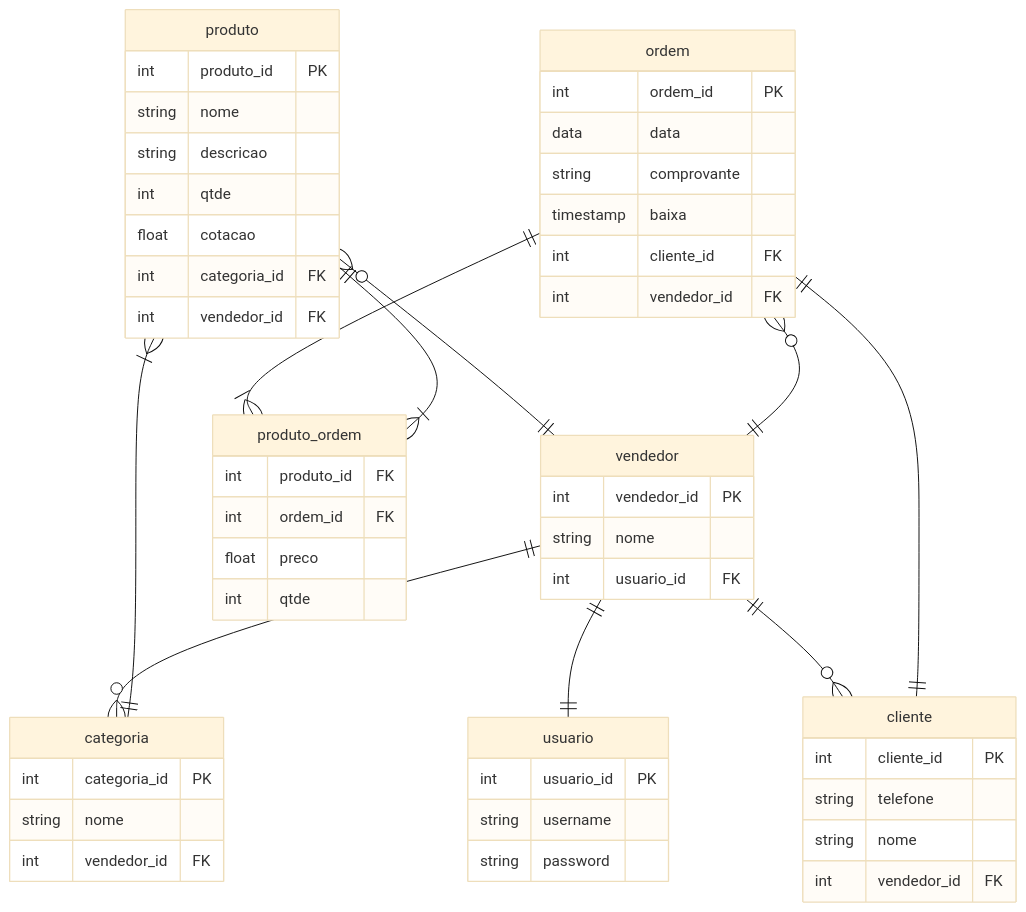
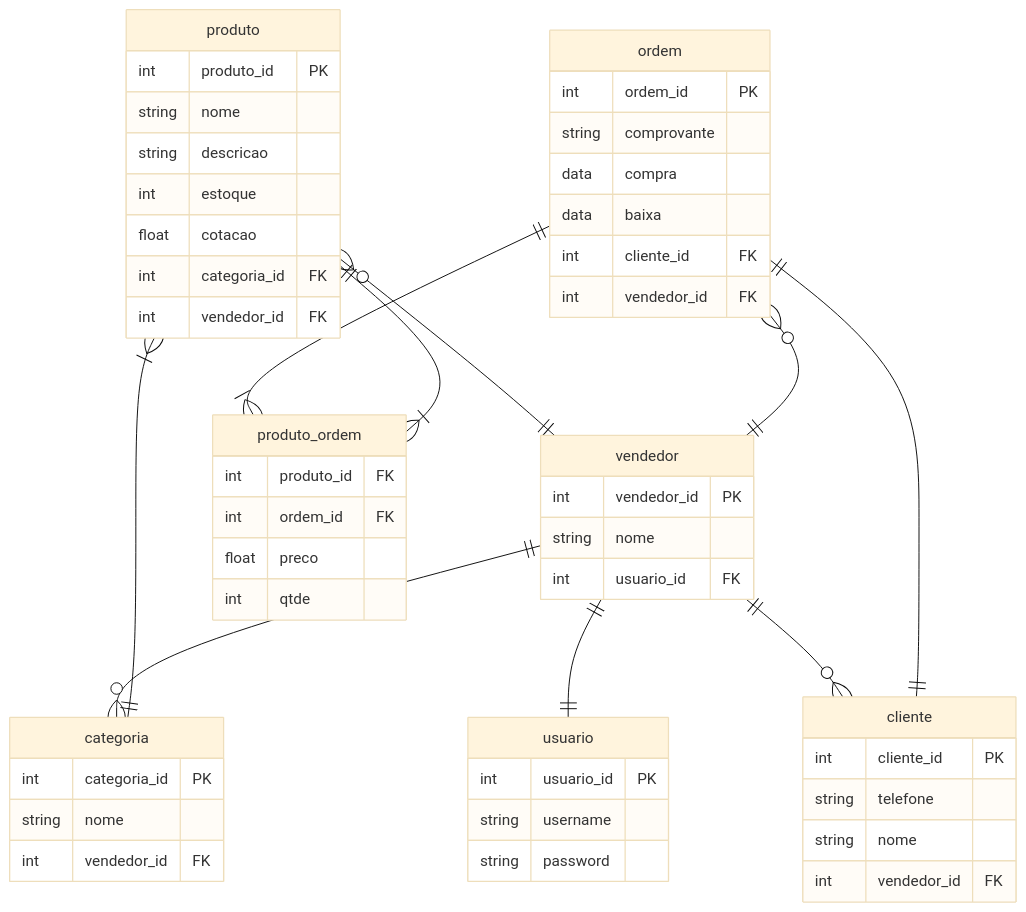
The diagram in MR.md (raphaelramosds/eimports), drawn with Mermaid (base theme) before and after one commit. The commit also changed other lines of this file and 1 other file, not shown here.

Commit message:
docs: adding mer and mr

````diff
--- a/MR.md
+++ b/MR.md
@@ -7,68 +7,68 @@
 ```mermaid
 
 erDiagram
     usuario {
         int usuario_id PK
         string username
         string password
     }
 
     vendedor {
         int vendedor_id PK
         string nome
         int usuario_id FK
     }
 
     vendedor ||--|| usuario : ""
 
     categoria {
         int categoria_id PK
         string nome
         int vendedor_id FK
     }
 
     vendedor ||--o{ categoria : ""
     vendedor ||--o{ cliente : ""
 
     produto {
         int produto_id PK
         string nome
         string descricao
-        int qtde
+        int estoque
         float cotacao
 
         int categoria_id FK
         int vendedor_id FK
     }
 
     produto }|--|| categoria : ""
     produto }o--|| vendedor : ""
 
     cliente {
         int cliente_id PK
         string telefone
         string nome
         int vendedor_id FK
     }
 
     ordem {
         int ordem_id PK
-        data data
         string comprovante
-        timestamp baixa
+        data compra
+        data baixa
         int cliente_id FK
         int vendedor_id FK
     }
 
     ordem ||--|| cliente : ""
     ordem }o--|| vendedor : ""
     ordem  ||--}| produto_ordem : ""
     produto ||--}| produto_ordem : ""
 
     produto_ordem {
         int produto_id FK
         int ordem_id FK
         float preco
         int qtde
     }
 ```
````
